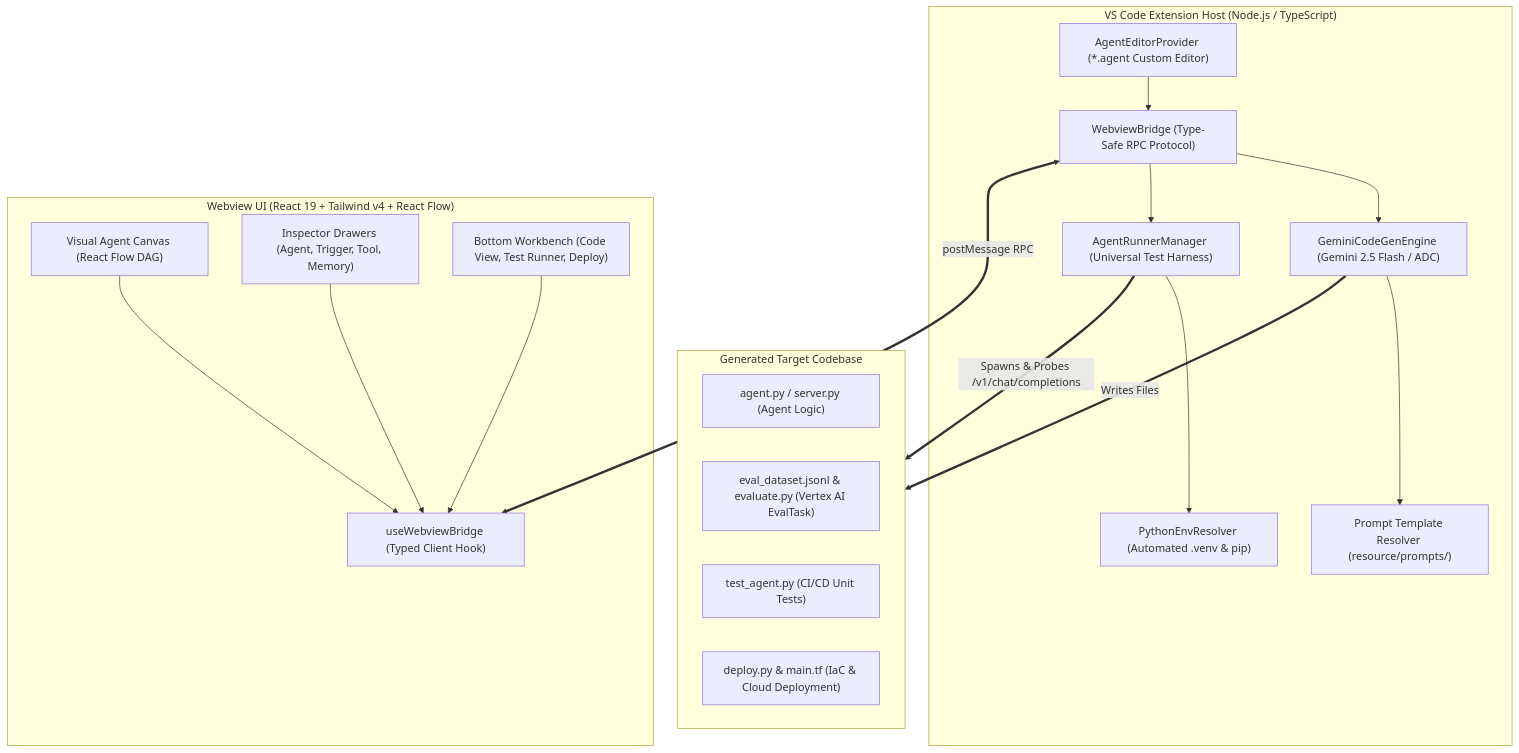
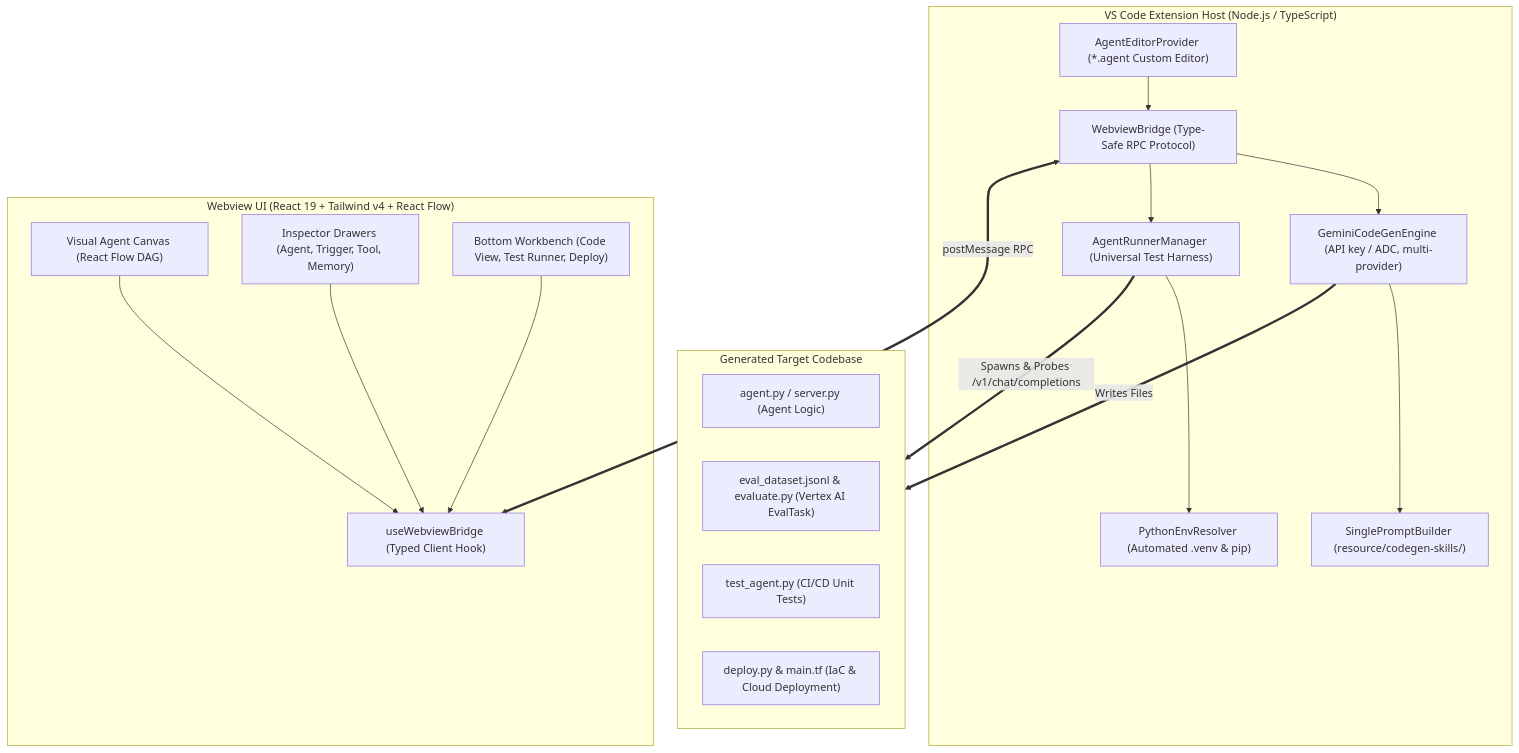
One commit to mnimer/agent-designer-fork changed the first of 5 diagrams in ARCHITECTURE.md. Above: the diagram before and after it, drawn with Mermaid. The commit also changed other lines of this file and 72 other files, not shown here.

First line of the commit message:
feat: assemble the code generation prompt from topic skills; optional reviewer (#53)

````diff
--- a/ARCHITECTURE.md
+++ b/ARCHITECTURE.md
@@ -26,39 +26,39 @@
 ```mermaid
 graph TB
     subgraph VSCode_Editor ["VS Code Extension Host (Node.js / TypeScript)"]
         AEP["AgentEditorProvider (*.agent Custom Editor)"]
         Bridge["WebviewBridge (Type-Safe RPC Protocol)"]
-        CodeGen["GeminiCodeGenEngine (Gemini 2.5 Flash / ADC)"]
+        CodeGen["GeminiCodeGenEngine (API key / ADC, multi-provider)"]
         Runner["AgentRunnerManager (Universal Test Harness)"]
         EnvResolver["PythonEnvResolver (Automated .venv & pip)"]
-        PromptLoader["Prompt Template Resolver (resource/prompts/)"]
+        PromptLoader["SinglePromptBuilder (resource/codegen-skills/)"]
 
         AEP --> Bridge
         Bridge --> CodeGen
         Bridge --> Runner
         Runner --> EnvResolver
         CodeGen --> PromptLoader
     end
 
     subgraph Webview_SPA ["Webview UI (React 19 + Tailwind v4 + React Flow)"]
         Canvas["Visual Agent Canvas (React Flow DAG)"]
         Drawers["Inspector Drawers (Agent, Trigger, Tool, Memory)"]
         Workbench["Bottom Workbench (Code View, Test Runner, Deploy)"]
         BridgeClient["useWebviewBridge (Typed Client Hook)"]
 
         Canvas --> BridgeClient
         Drawers --> BridgeClient
         Workbench --> BridgeClient
     end
 
     subgraph Generated_Repository ["Generated Target Codebase"]
         AgentCode["agent.py / server.py (Agent Logic)"]
         EvalSuite["eval_dataset.jsonl & evaluate.py (Vertex AI EvalTask)"]
         PytestSuite["test_agent.py (CI/CD Unit Tests)"]
         DeployCode["deploy.py & main.tf (IaC & Cloud Deployment)"]
     end
 
     Bridge <===> |postMessage RPC| BridgeClient
     CodeGen ==> |Writes Files| Generated_Repository
     Runner ==> |Spawns & Probes /v1/chat/completions| Generated_Repository
 ```
````
